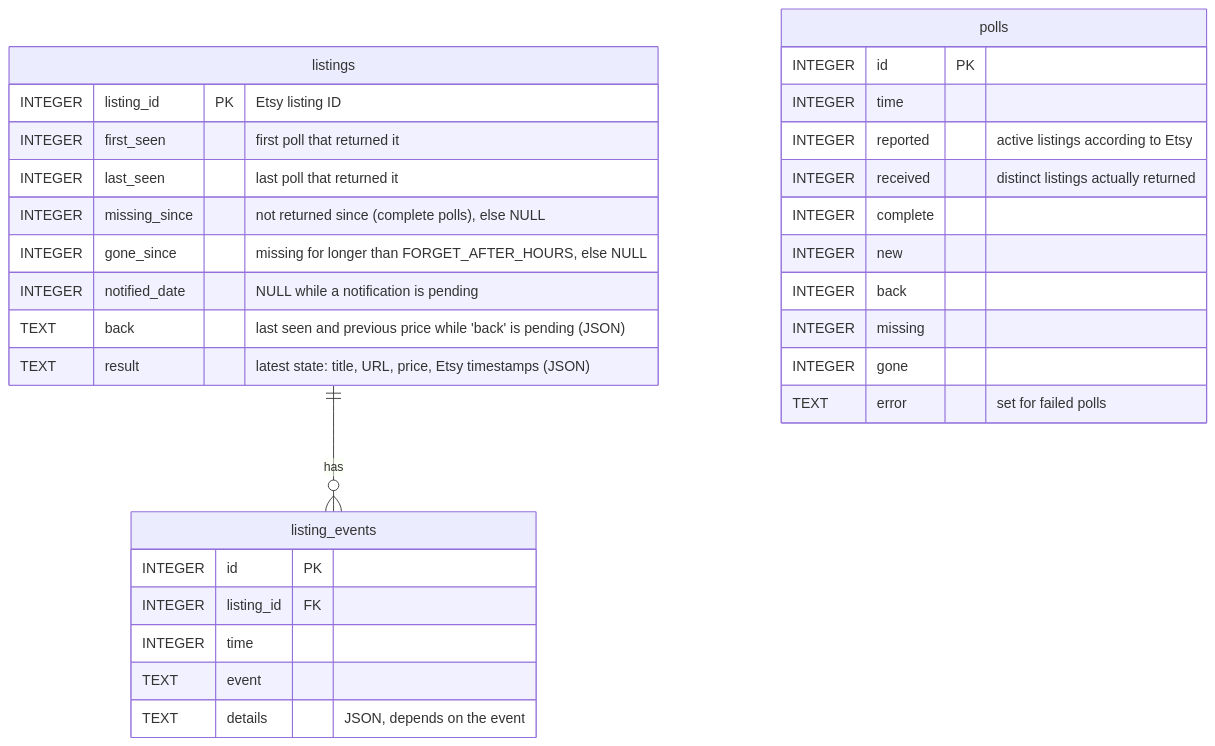
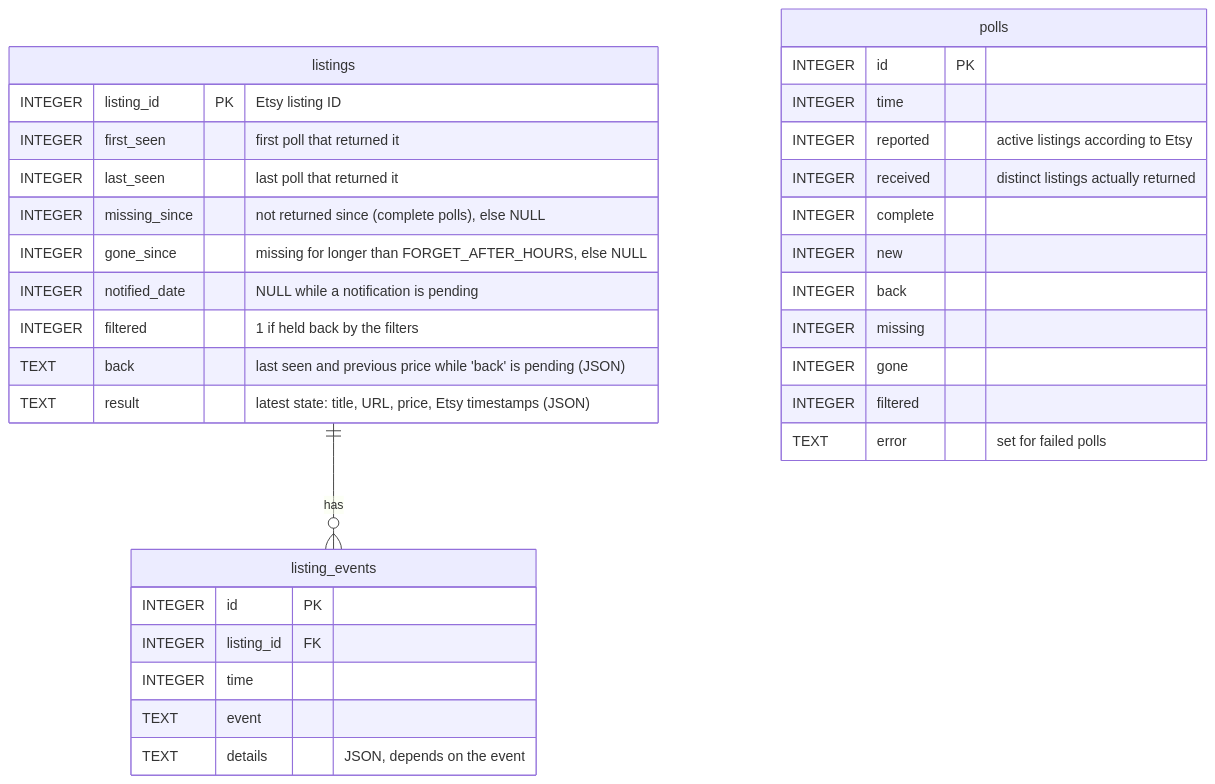
Before and after one commit to spielkind/etsy-notify: the diagram in docs/architecture.md, drawn with Mermaid. The commit also changed other lines of this file and 19 other files, not shown here.

````diff
--- a/docs/architecture.md
+++ b/docs/architecture.md
@@ -63,33 +67,35 @@
 ```mermaid
 erDiagram
     listings ||--o{ listing_events : has
     listings {
         INTEGER listing_id PK "Etsy listing ID"
         INTEGER first_seen "first poll that returned it"
         INTEGER last_seen "last poll that returned it"
         INTEGER missing_since "not returned since (complete polls), else NULL"
         INTEGER gone_since "missing for longer than FORGET_AFTER_HOURS, else NULL"
         INTEGER notified_date "NULL while a notification is pending"
+        INTEGER filtered "1 if held back by the filters"
         TEXT back "last seen and previous price while 'back' is pending (JSON)"
         TEXT result "latest state: title, URL, price, Etsy timestamps (JSON)"
     }
     listing_events {
         INTEGER id PK
         INTEGER listing_id FK
         INTEGER time
         TEXT event
         TEXT details "JSON, depends on the event"
     }
     polls {
         INTEGER id PK
         INTEGER time
         INTEGER reported "active listings according to Etsy"
         INTEGER received "distinct listings actually returned"
         INTEGER complete
         INTEGER new
         INTEGER back
         INTEGER missing
         INTEGER gone
+        INTEGER filtered
         TEXT error "set for failed polls"
     }
 ```
````
